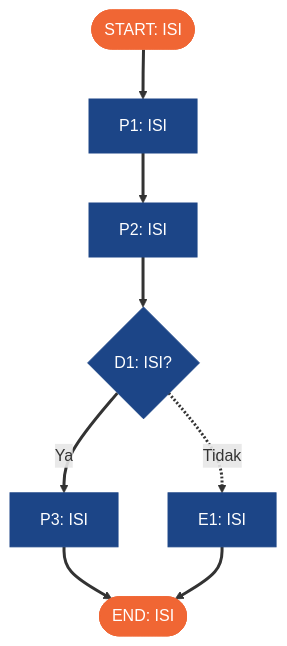
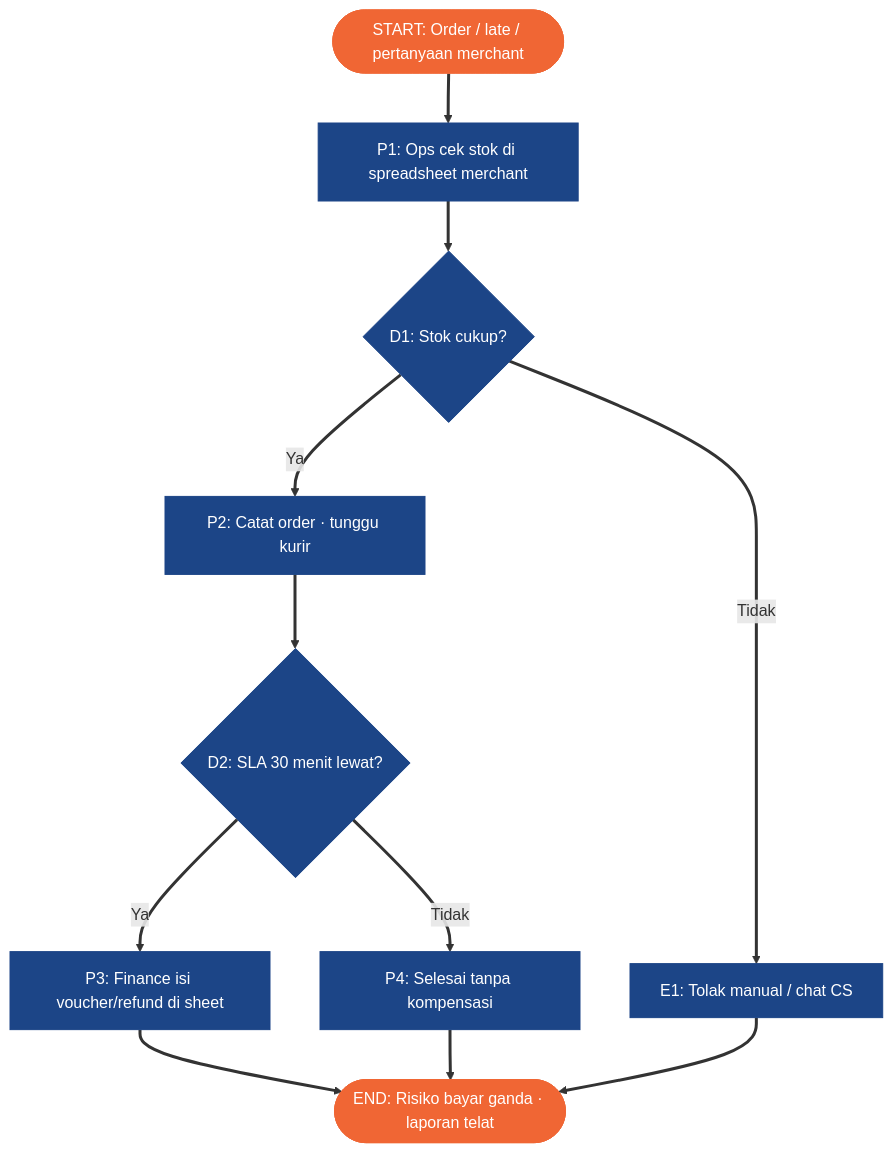
Before and after one commit to haniialfiyyaah/mart-ops: the first of 2 diagrams in docs/01-brd-process-map.md, drawn with Mermaid. The commit also changed other lines of this file and 4 other files, not shown here.

````diff
--- a/docs/01-brd-process-map.md
+++ b/docs/01-brd-process-map.md
@@ -28,24 +21,26 @@
 ```mermaid
 ---
 config:
   look: classic
   flowchart:
     subGraphTitleMargin:
       top: 12
       bottom: 12
 ---
 flowchart TD
-    START([START: ISI]) --> P1[P1: ISI]
-    P1 --> P2[P2: ISI]
-    P2 --> D1{D1: ISI?}
-    D1 -- Ya --> P3[P3: ISI]
-    D1 -. Tidak .-> E1[E1: ISI]
-    P3 --> END([END: ISI])
+    START([START: Order / late / pertanyaan merchant]) --> P1[P1: Ops cek stok di spreadsheet merchant]
+    P1 --> D1{D1: Stok cukup?}
+    D1 -- Tidak --> E1[E1: Tolak manual / chat CS]
+    D1 -- Ya --> P2[P2: Catat order · tunggu kurir]
+    P2 --> D2{D2: SLA 30 menit lewat?}
+    D2 -- Ya --> P3[P3: Finance isi voucher/refund di sheet]
+    D2 -- Tidak --> P4[P4: Selesai tanpa kompensasi]
+    P3 --> END([END: Risiko bayar ganda · laporan telat])
+    P4 --> END
     E1 --> END
     linkStyle default stroke-width:3px
     classDef navy fill:#1C4587,stroke:#1C4587,color:#FFFFFF
     classDef orange fill:#F06634,stroke:#F06634,color:#FFFFFF
-    classDef opt fill:none,stroke:#F06634,stroke-width:3px,stroke-dasharray:6 4
     class START,END orange
-    class P1,P2,P3,D1,E1 navy
+    class P1,P2,P3,P4,D1,D2,E1 navy
 ```
````
